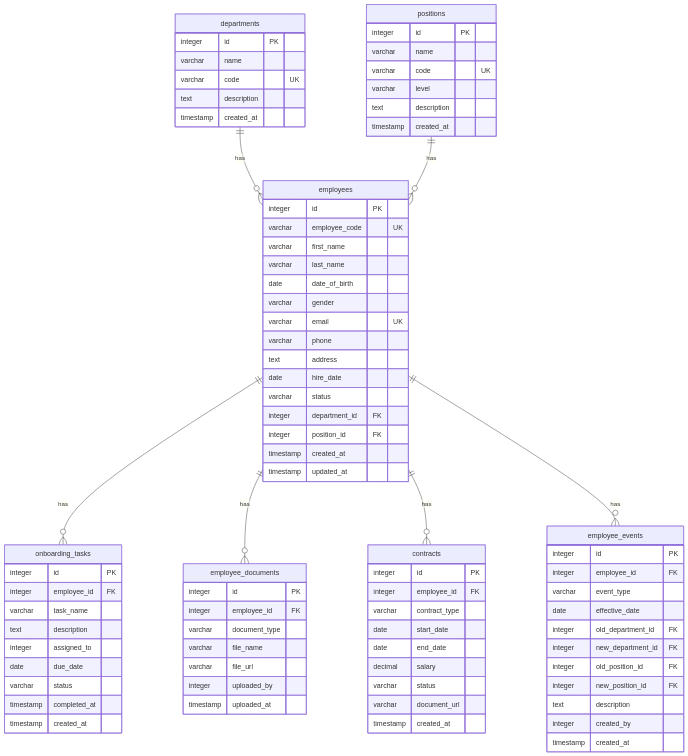
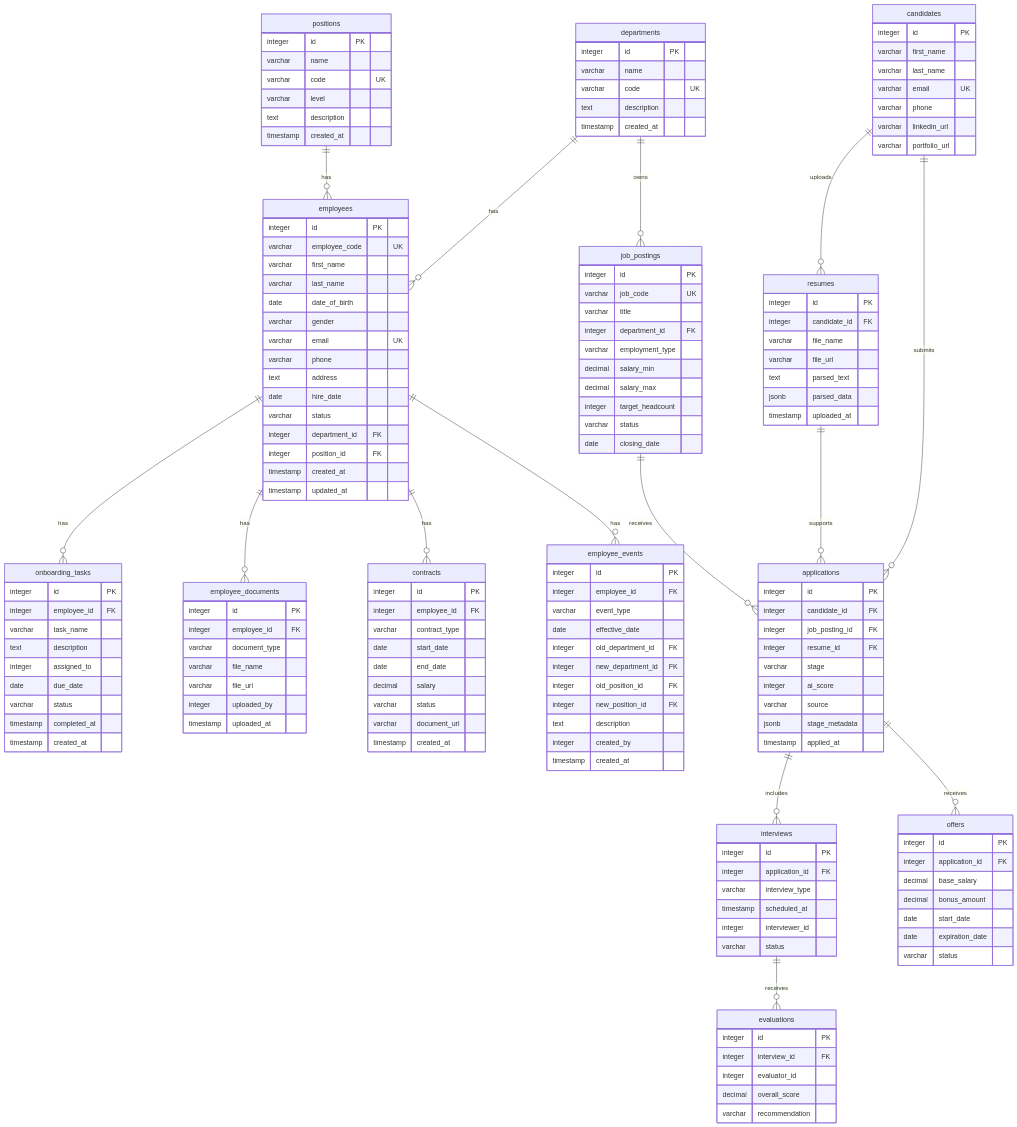
One commit to nvdat16/QLNS changed the diagram in database/database_design.md. Above: the diagram before and after it, drawn with Mermaid. The commit also changed other lines of this file and 44 other files, not shown here.

````diff
--- a/database/database_design.md
+++ b/database/database_design.md
@@ -22,6 +19,14 @@
     employees ||--o{ employee_documents : "has"
     employees ||--o{ contracts : "has"
     employees ||--o{ employee_events : "has"
+    departments ||--o{ job_postings : "owns"
+    candidates ||--o{ resumes : "uploads"
+    candidates ||--o{ applications : "submits"
+    job_postings ||--o{ applications : "receives"
+    resumes ||--o{ applications : "supports"
+    applications ||--o{ interviews : "includes"
+    interviews ||--o{ evaluations : "receives"
+    applications ||--o{ offers : "receives"
 
     departments {
         integer id PK
@@ -105,4 +110,76 @@
         integer created_by
         timestamp created_at
     }
+
+    job_postings {
+        integer id PK
+        varchar job_code UK
+        varchar title
+        integer department_id FK
+        varchar employment_type
+        decimal salary_min
+        decimal salary_max
+        integer target_headcount
+        varchar status
+        date closing_date
+    }
+
+    candidates {
+        integer id PK
+        varchar first_name
+        varchar last_name
+        varchar email UK
+        varchar phone
+        varchar linkedin_url
+        varchar portfolio_url
+    }
+
+    resumes {
+        integer id PK
+        integer candidate_id FK
+        varchar file_name
+        varchar file_url
+        text parsed_text
+        jsonb parsed_data
+        timestamp uploaded_at
+    }
+
+    applications {
+        integer id PK
+        integer candidate_id FK
+        integer job_posting_id FK
+        integer resume_id FK
+        varchar stage
+        integer ai_score
+        varchar source
+        jsonb stage_metadata
+        timestamp applied_at
+    }
+
+    interviews {
+        integer id PK
+        integer application_id FK
+        varchar interview_type
+        timestamp scheduled_at
+        integer interviewer_id
+        varchar status
+    }
+
+    evaluations {
+        integer id PK
+        integer interview_id FK
+        integer evaluator_id
+        decimal overall_score
+        varchar recommendation
+    }
+
+    offers {
+        integer id PK
+        integer application_id FK
+        decimal base_salary
+        decimal bonus_amount
+        date start_date
+        date expiration_date
+        varchar status
+    }
 ```
````
